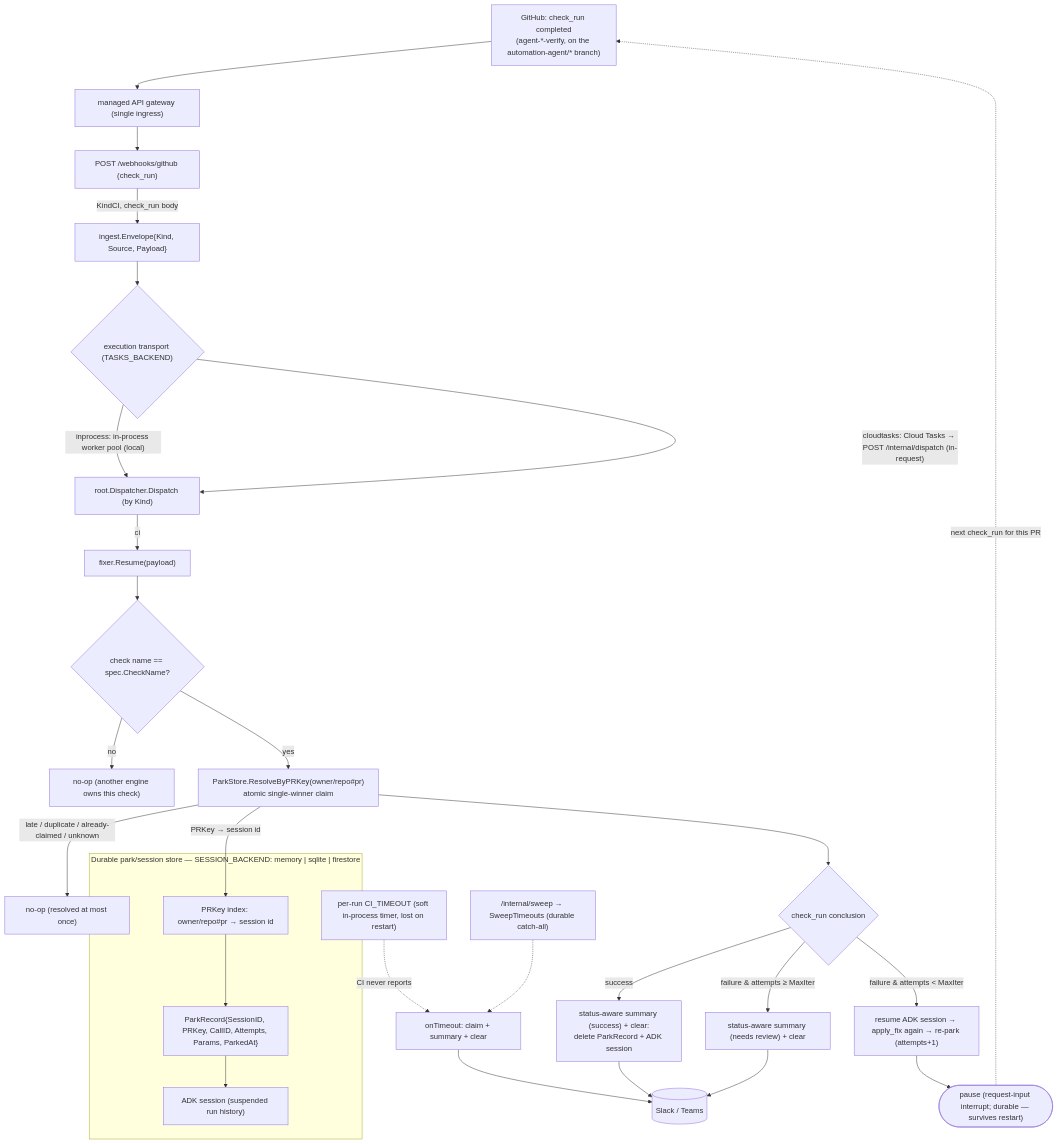
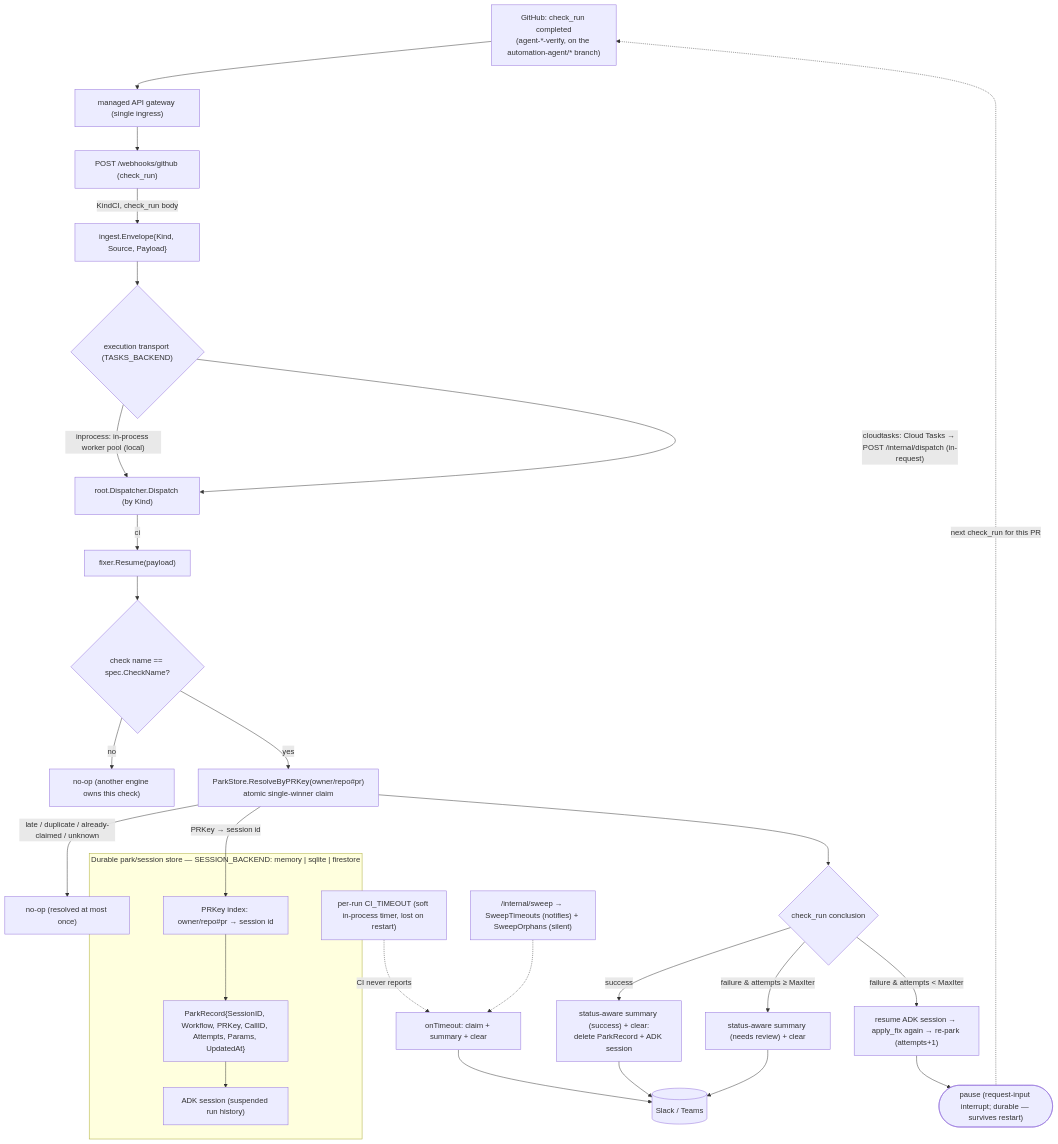
The second of 2 diagrams in okf/modules/service.md (jkjamies/automation-agent), drawn with Mermaid before and after one commit. The commit also changed 4 other files, not shown here.

````diff
--- a/okf/modules/service.md
+++ b/okf/modules/service.md
@@ -60,35 +60,35 @@
 ```mermaid
 flowchart TD
     CR["GitHub: check_run completed<br/>(agent-*-verify, on the automation-agent/* branch)"] --> GW["managed API gateway (single ingress)"]
     GW --> WCI["POST /webhooks/github (check_run)"]
     WCI -->|"KindCI, check_run body"| Env["ingest.Envelope{Kind, Source, Payload}"]
     Env --> TX{"execution transport (TASKS_BACKEND)"}
     TX -->|"inprocess: in-process worker pool (local)"| Disp
     TX -->|"cloudtasks: Cloud Tasks → POST /internal/dispatch (in-request)"| Disp
     Disp["root.Dispatcher.Dispatch (by Kind)"] -->|ci| RES["fixer.Resume(payload)"]
 
     RES --> NM{"check name == spec.CheckName?"}
     NM -->|no| NOOP["no-op (another engine owns this check)"]
     NM -->|yes| CLAIM["ParkStore.ResolveByPRKey(owner/repo#pr)<br/>atomic single-winner claim"]
     CLAIM -->|"late / duplicate / already-claimed / unknown"| NOOP2["no-op (resolved at most once)"]
 
     subgraph Store["Durable park/session store — SESSION_BACKEND: memory | sqlite | firestore"]
-        PRK["PRKey index: owner/repo#pr → session id"] --> REC["ParkRecord{SessionID, PRKey, CallID, Attempts, Params, ParkedAt}"]
+        PRK["PRKey index: owner/repo#pr → session id"] --> REC["ParkRecord{SessionID, Workflow, PRKey, CallID, Attempts, Params, UpdatedAt}"]
         REC --> SESS["ADK session (suspended run history)"]
     end
     CLAIM -->|"PRKey → session id"| PRK
 
     CLAIM --> CONC{check_run conclusion}
     CONC -->|success| OK["status-aware summary (success) + clear:<br/>delete ParkRecord + ADK session"]
     CONC -->|"failure & attempts ≥ MaxIter"| REV["status-aware summary (needs review) + clear"]
     CONC -->|"failure & attempts < MaxIter"| RT["resume ADK session → apply_fix again → re-park (attempts+1)"]
     RT --> SUS(["pause (request-input interrupt; durable — survives restart)"])
     SUS -.->|"next check_run for this PR"| CR
 
     TO["per-run CI_TIMEOUT (soft in-process timer, lost on restart)"] -.->|"CI never reports"| FREE["onTimeout: claim + summary + clear"]
-    SW["/internal/sweep → SweepTimeouts (durable catch-all)"] -.-> FREE
+    SW["/internal/sweep → SweepTimeouts (notifies) + SweepOrphans (silent)"] -.-> FREE
 
     OK --> Chat[("Slack / Teams")]
     REV --> Chat
     FREE --> Chat
 ```
````
